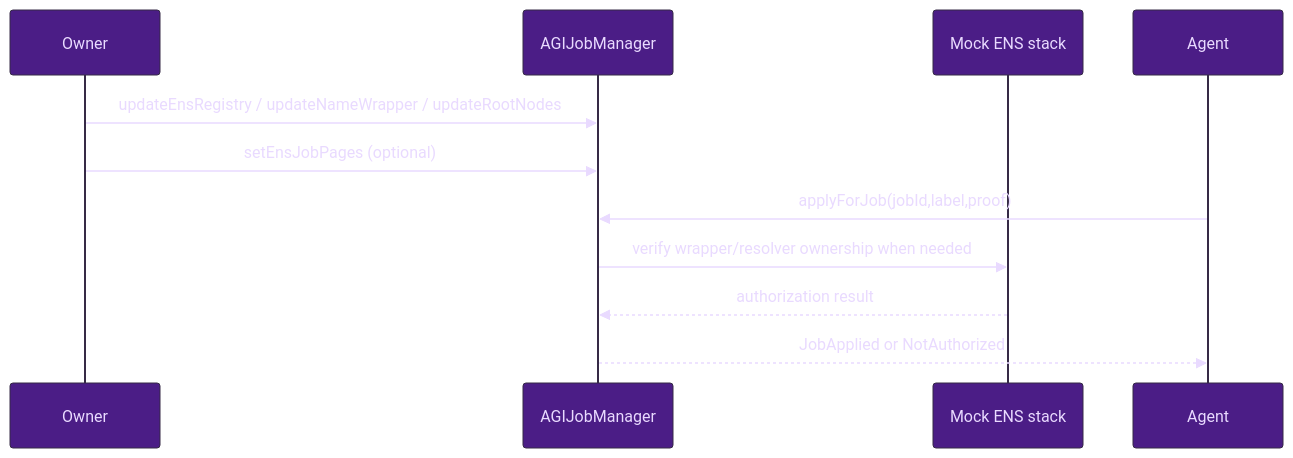
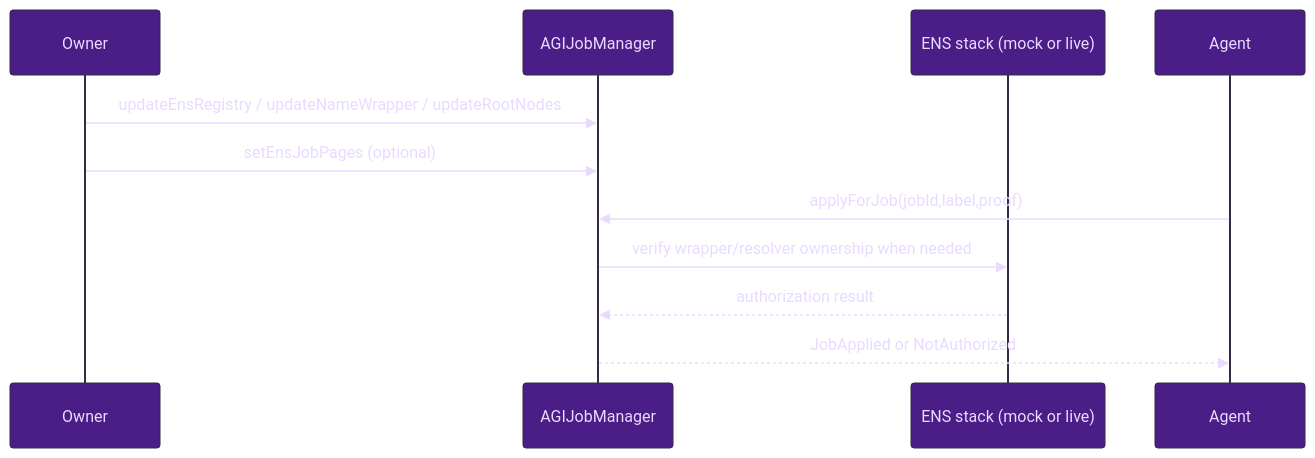
One commit to MontrealAI/AGIJobManager changed the first of 2 diagrams in docs/INTEGRATIONS/ENS_USE_CASE.md. Above: the diagram before and after it, drawn with Mermaid. The commit also changed other lines of this file and 6 other files, not shown here.

````diff
--- a/docs/INTEGRATIONS/ENS_USE_CASE.md
+++ b/docs/INTEGRATIONS/ENS_USE_CASE.md
@@ -23,20 +31,20 @@
 ```mermaid
 %%{init: {"theme":"base","themeVariables":{
 "fontFamily":"ui-sans-serif, system-ui, -apple-system, Segoe UI, Roboto, Arial",
 "background":"#14001F","primaryColor":"#4B1D86","primaryTextColor":"#E9DAFF",
 "lineColor":"#7A3FF2","tertiaryColor":"#1B0B2A",
 "noteBkgColor":"#1B0B2A","noteTextColor":"#E9DAFF"
 }}}%%
 sequenceDiagram
     participant O as Owner
     participant M as AGIJobManager
-    participant E as Mock ENS stack
+    participant E as ENS stack (mock or live)
     participant A as Agent
 
     O->>M: updateEnsRegistry / updateNameWrapper / updateRootNodes
     O->>M: setEnsJobPages (optional)
     A->>M: applyForJob(jobId,label,proof)
     M->>E: verify wrapper/resolver ownership when needed
     E-->>M: authorization result
     M-->>A: JobApplied or NotAuthorized
 ```
````
